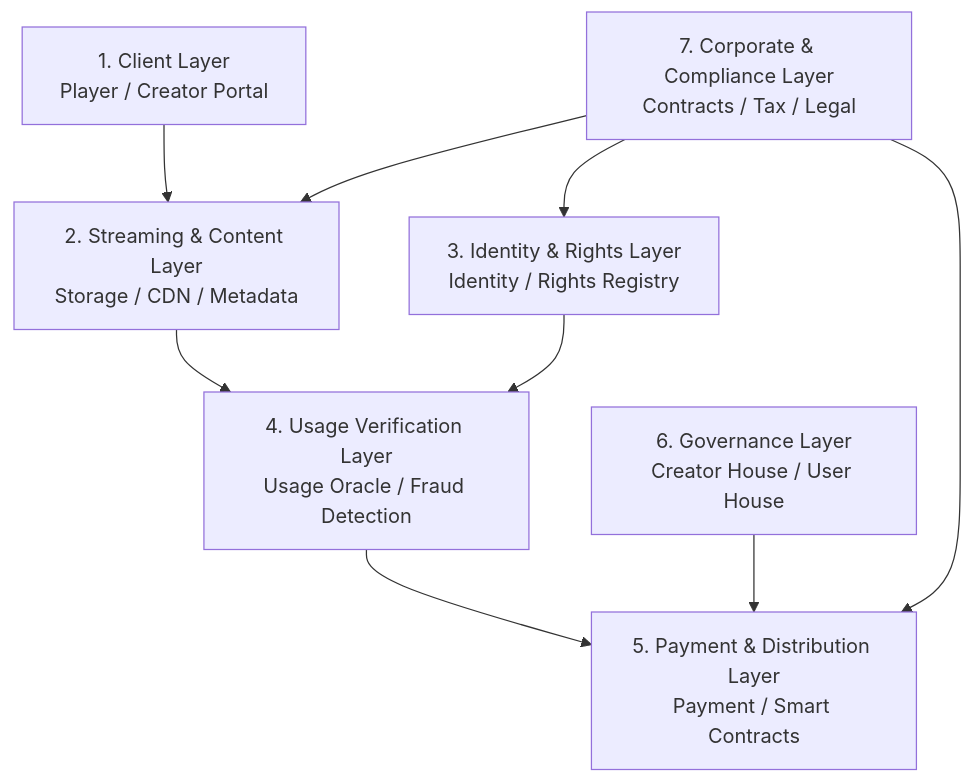
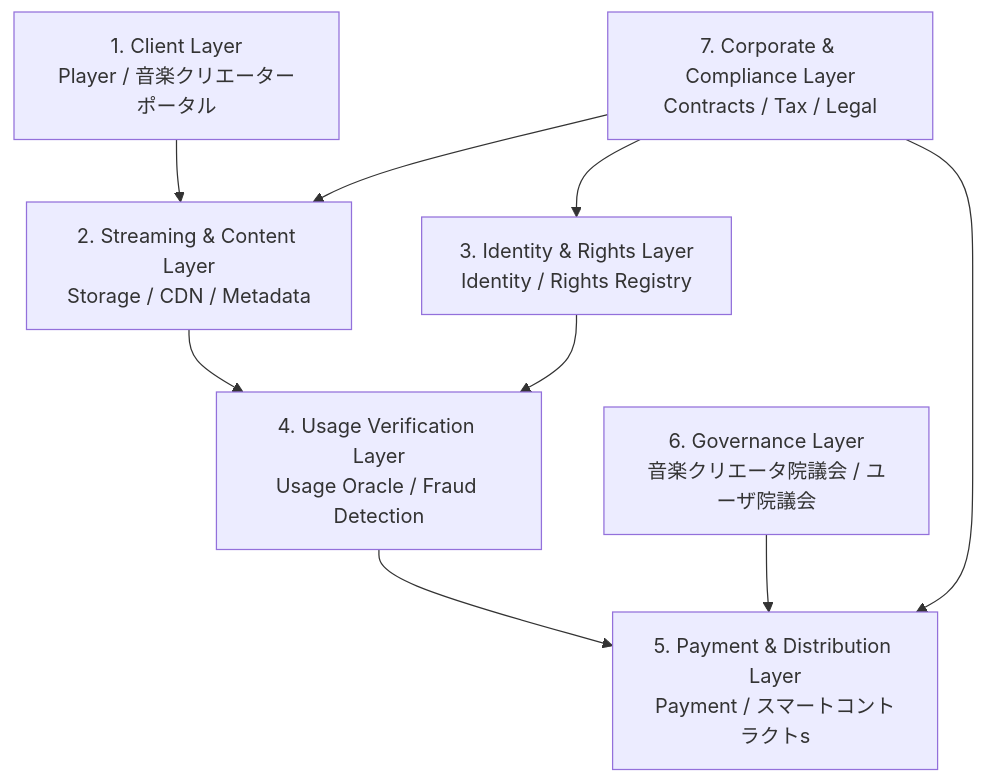
One commit to ShigeichiroYamasaki/creator-first-platform changed the second of 27 diagrams in docs/whitepaper/04-platform-architecture.md. Above: the diagram before and after it, drawn with Mermaid. The commit also changed other lines of this file and 67 other files, not shown here.

````diff
--- a/docs/whitepaper/04-platform-architecture.md
+++ b/docs/whitepaper/04-platform-architecture.md
@@ -79,19 +79,19 @@
 ```mermaid
 flowchart TB
-    L1[1. Client Layer<br/>Player / Creator Portal]
+    L1[1. Client Layer<br/>Player / 音楽クリエーターポータル]
     L2[2. Streaming & Content Layer<br/>Storage / CDN / Metadata]
     L3[3. Identity & Rights Layer<br/>Identity / Rights Registry]
     L4[4. Usage Verification Layer<br/>Usage Oracle / Fraud Detection]
-    L5[5. Payment & Distribution Layer<br/>Payment / Smart Contracts]
-    L6[6. Governance Layer<br/>Creator House / User House]
+    L5[5. Payment & Distribution Layer<br/>Payment / スマートコントラクトs]
+    L6[6. Governance Layer<br/>音楽クリエータ院議会 / ユーザ院議会]
     L7[7. Corporate & Compliance Layer<br/>Contracts / Tax / Legal]
 
     L1 --> L2
     L2 --> L4
     L3 --> L4
     L4 --> L5
     L6 --> L5
     L7 --> L2
     L7 --> L3
     L7 --> L5
 ```
````
